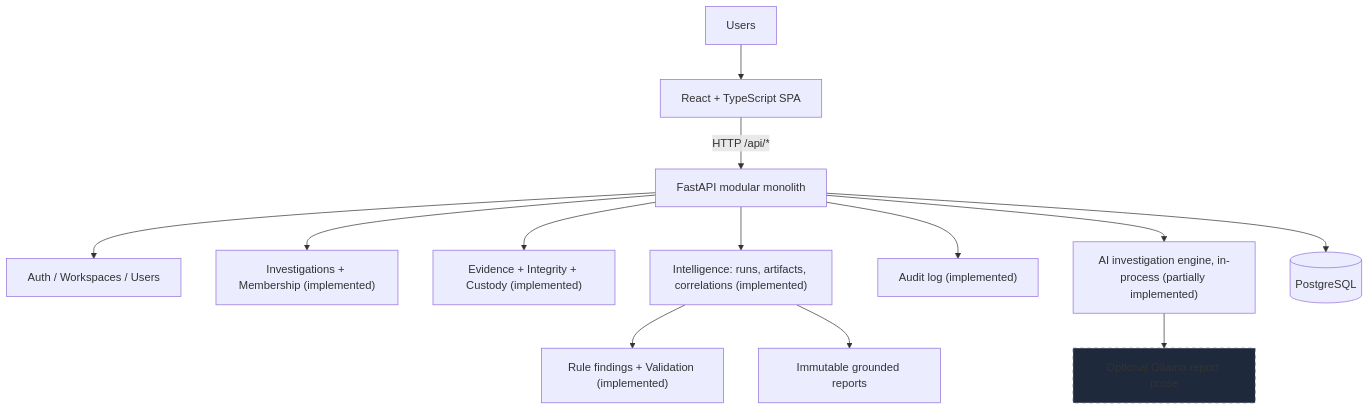
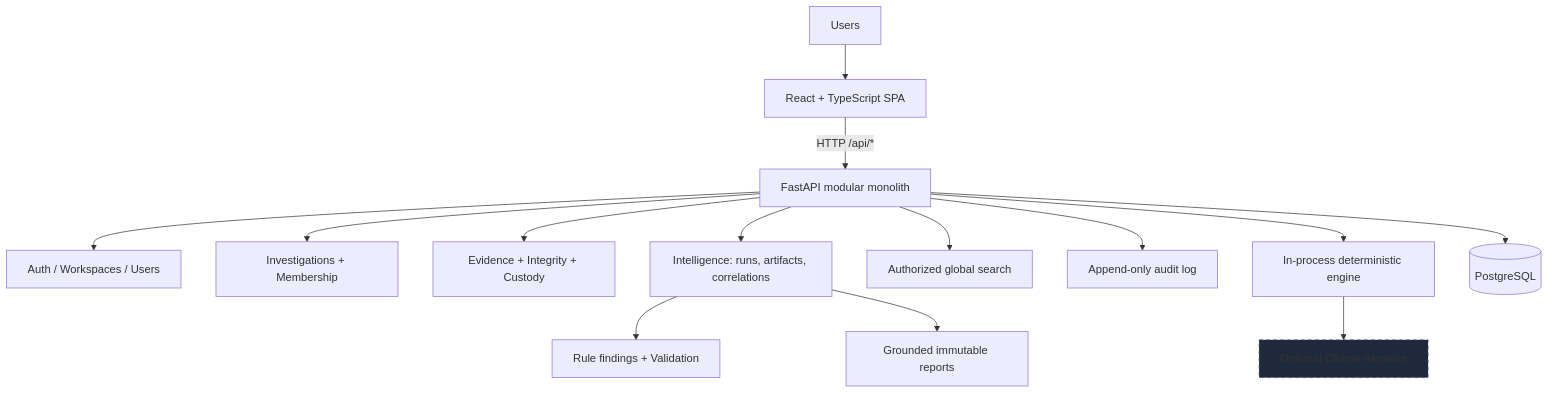
The second of 2 diagrams in README.md (shikhar-sahay/provena), drawn with Mermaid before and after one commit. The commit also changed other lines of this file and 6 other files, not shown here.

````diff
--- a/README.md
+++ b/README.md
@@ -108,16 +155,17 @@
 ```mermaid
 flowchart TB
     Users --> SPA["React + TypeScript SPA"]
     SPA -->|"HTTP /api/*"| API["FastAPI modular monolith"]
     API --> Auth["Auth / Workspaces / Users"]
-    API --> Inv["Investigations + Membership (implemented)"]
-    API --> Ev["Evidence + Integrity + Custody (implemented)"]
-    API --> Intel["Intelligence: runs, artifacts, correlations (implemented)"]
-    Intel --> Find["Rule findings + Validation (implemented)"]
-    Intel --> Rep["Immutable grounded reports"]
-    API --> Audit["Audit log (implemented)"]
-    API --> AI["AI investigation engine, in-process (partially implemented)"]
-    AI --> LLM["Optional Ollama report prose"]
+    API --> Inv["Investigations + Membership"]
+    API --> Ev["Evidence + Integrity + Custody"]
+    API --> Intel["Intelligence: runs, artifacts, correlations"]
+    Intel --> Find["Rule findings + Validation"]
+    Intel --> Rep["Grounded immutable reports"]
+    API --> Search["Authorized global search"]
+    API --> Audit["Append-only audit log"]
+    API --> AI["In-process deterministic engine"]
+    AI --> LLM["Optional Ollama narrative"]
     API --> PG[("PostgreSQL")]
     style LLM fill:#1e293b,stroke:#475569,stroke-dasharray: 5 5
 ```
````
